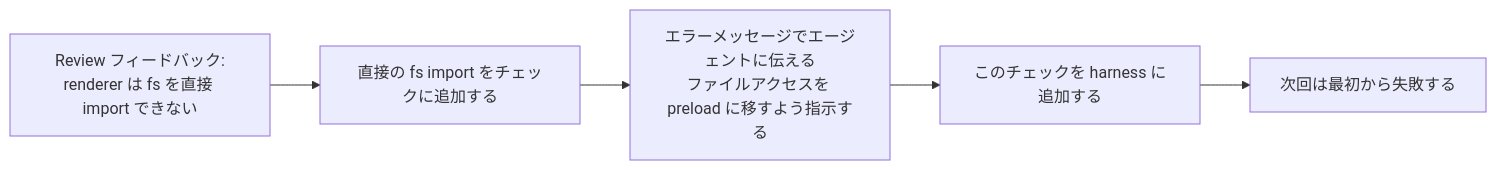
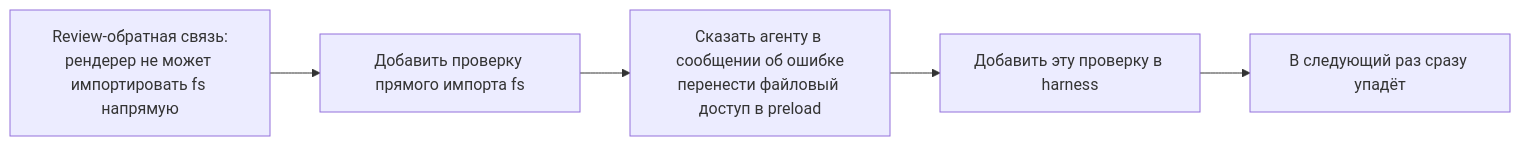
Before and after one commit to mkusaka/learn-harness-engineering: the second of 2 diagrams in docs/ru/lectures/lecture-10-why-end-to-end-testing-changes-results/index.md, drawn with Mermaid. The commit also changed other lines of this file and 684 other files, not shown here.

````diff
--- a/docs/ru/lectures/lecture-10-why-end-to-end-testing-changes-results/index.md
+++ b/docs/ru/lectures/lecture-10-why-end-to-end-testing-changes-results/index.md
@@ -52,7 +52,7 @@
 ```mermaid
 flowchart LR
-    Review["Review フィードバック:<br/>renderer は fs を直接 import できない"] --> Rule["直接の fs import をチェックに追加する"]
-    Rule --> Message["エラーメッセージでエージェントに伝える<br/>ファイルアクセスを preload に移すよう指示する"]
-    Message --> Harness["このチェックを harness に追加する"]
-    Harness --> Stronger["次回は最初から失敗する"]
+    Review["Review-обратная связь:<br/>рендерер не может импортировать fs напрямую"] --> Rule["Добавить проверку прямого импорта fs"]
+    Rule --> Message["Сказать агенту в сообщении об ошибке<br/>перенести файловый доступ в preload"]
+    Message --> Harness["Добавить эту проверку в harness"]
+    Harness --> Stronger["В следующий раз сразу упадёт"]
 ```
````
